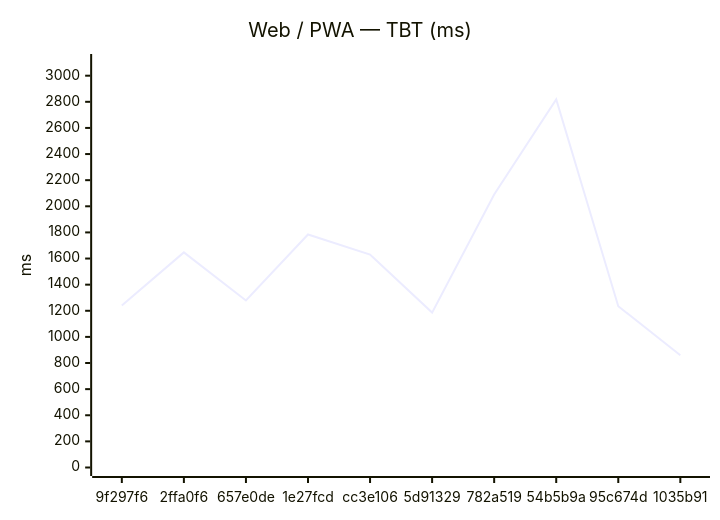
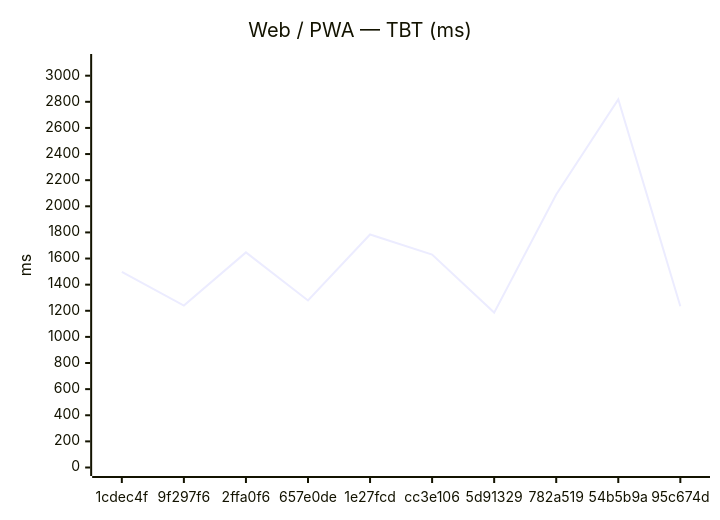
The second of 18 diagrams in benchmarks/compare.md (Metaheurist/Rianell), drawn with Mermaid before and after one commit. The commit also changed other lines of this file and 11 other files, not shown here.

````diff
--- a/benchmarks/compare.md
+++ b/benchmarks/compare.md
@@ -31,7 +31,7 @@
 ```mermaid
 xychart-beta
     title "Web / PWA — TBT (ms)"
-    x-axis ["9f297f6", "2ffa0f6", "657e0de", "1e27fcd", "cc3e106", "5d91329", "782a519", "54b5b9a", "95c674d", "1035b91"]
+    x-axis ["1cdec4f", "9f297f6", "2ffa0f6", "657e0de", "1e27fcd", "cc3e106", "5d91329", "782a519", "54b5b9a", "95c674d"]
     y-axis "ms" 0 --> 3101
-    line [1240, 1647, 1279, 1784, 1630, 1186, 2090, 2819, 1235, 859]
+    line [1497, 1240, 1647, 1279, 1784, 1630, 1186, 2090, 2819, 1235]
 ```
````
